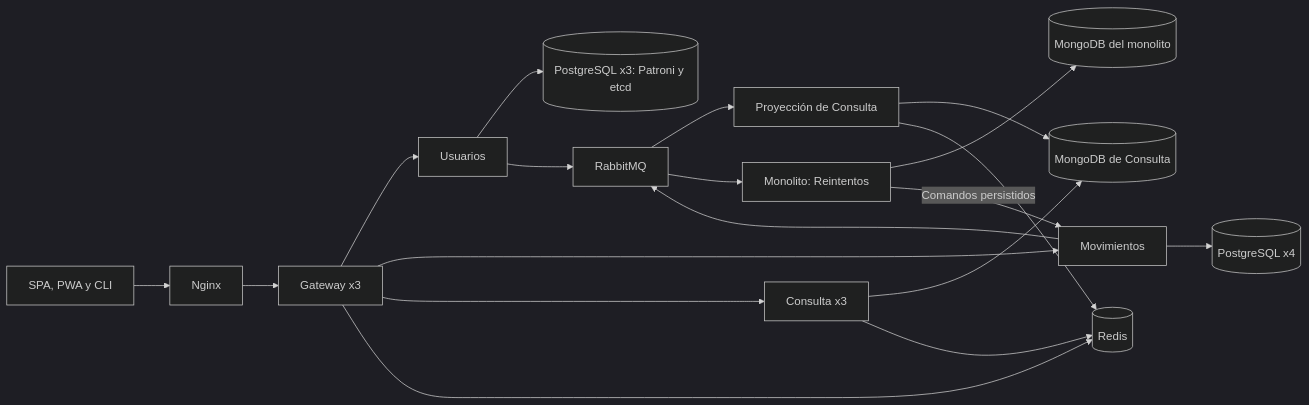
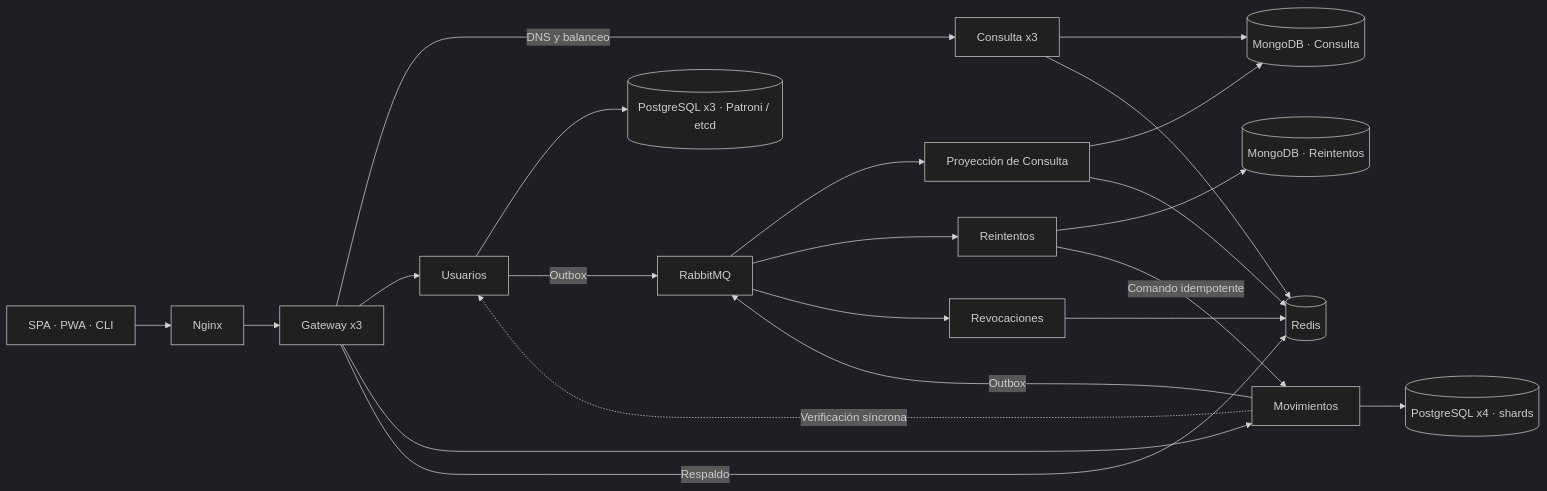
Before and after one commit to brannvic/sd-2027-1-ACME: the diagram in proyecto/README.md, drawn with Mermaid (dark theme). The commit also changed other lines of this file and 9 other files, not shown here.

First line of the commit message:
05-reintentos: extraer el ultimo modulo del monolito y completar el sistema distribuido

````diff
--- a/proyecto/README.md
+++ b/proyecto/README.md
@@ -15,21 +81,24 @@
 ```mermaid
 flowchart LR
-  C[SPA, PWA y CLI] --> N[Nginx]
-  N --> G
-  G[Gateway x3] --> U[Usuarios]
+  C[SPA · PWA · CLI] --> N[Nginx]
+  N --> G[Gateway x3]
+  G -->|DNS y balanceo| Q[Consulta x3]
+  G --> U[Usuarios]
   G --> M[Movimientos]
-  G --> Q[Consulta x3]
-  G --> R[(Redis)]
-  M --> S[(PostgreSQL x4)]
-  U --> P[(PostgreSQL x3: Patroni y etcd)]
-  M --> B[RabbitMQ]
-  U --> B
+  G -->|Respaldo| R[(Redis)]
+  U --> P[(PostgreSQL x3 · Patroni / etcd)]
+  M --> S[(PostgreSQL x4 · shards)]
+  M -. Verificación síncrona .-> U
+  U -->|Outbox| B[RabbitMQ]
+  M -->|Outbox| B
   B --> L[Proyección de Consulta]
-  L --> D[(MongoDB de Consulta)]
+  B --> T[Reintentos]
+  B --> V[Revocaciones]
+  L --> D[(MongoDB · Consulta)]
   L --> R
+  V --> R
+  T --> I[(MongoDB · Reintentos)]
+  T -->|Comando idempotente| M
   Q --> D
   Q --> R
-  B --> O[Monolito: Reintentos]
-  O --> I[(MongoDB del monolito)]
-  O -->|Comandos persistidos| M
 ```
````
